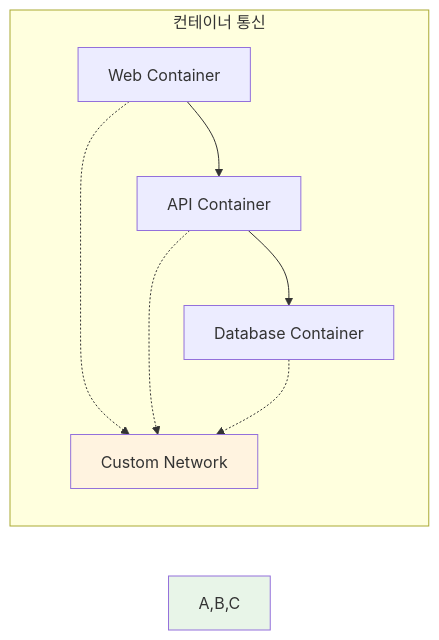
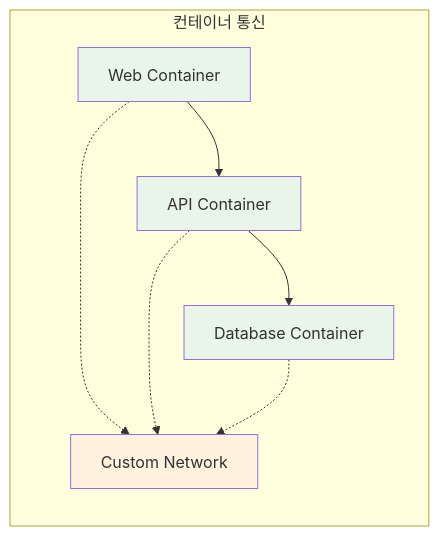
Before and after one commit to niceguy61/kdt_devops_lecture_2025: the fifth of 5 diagrams in theory/week_01/day3/session_3.md, drawn with Mermaid. The commit also changed other lines of this file and 8 other files, not shown here.

````diff
--- a/theory/week_01/day3/session_3.md
+++ b/theory/week_01/day3/session_3.md
@@ -103,14 +129,16 @@
 ```mermaid
 graph LR
     subgraph "컨테이너 통신"
         A[Web Container] --> B[API Container]
         B --> C[Database Container]
         
         A -.-> D[Custom Network]
         B -.-> D
         C -.-> D
     end
     
-    style A,B,C fill:#e8f5e8
+    style A fill:#e8f5e8
+    style B fill:#e8f5e8
+    style C fill:#e8f5e8
     style D fill:#fff3e0
 ```
````
